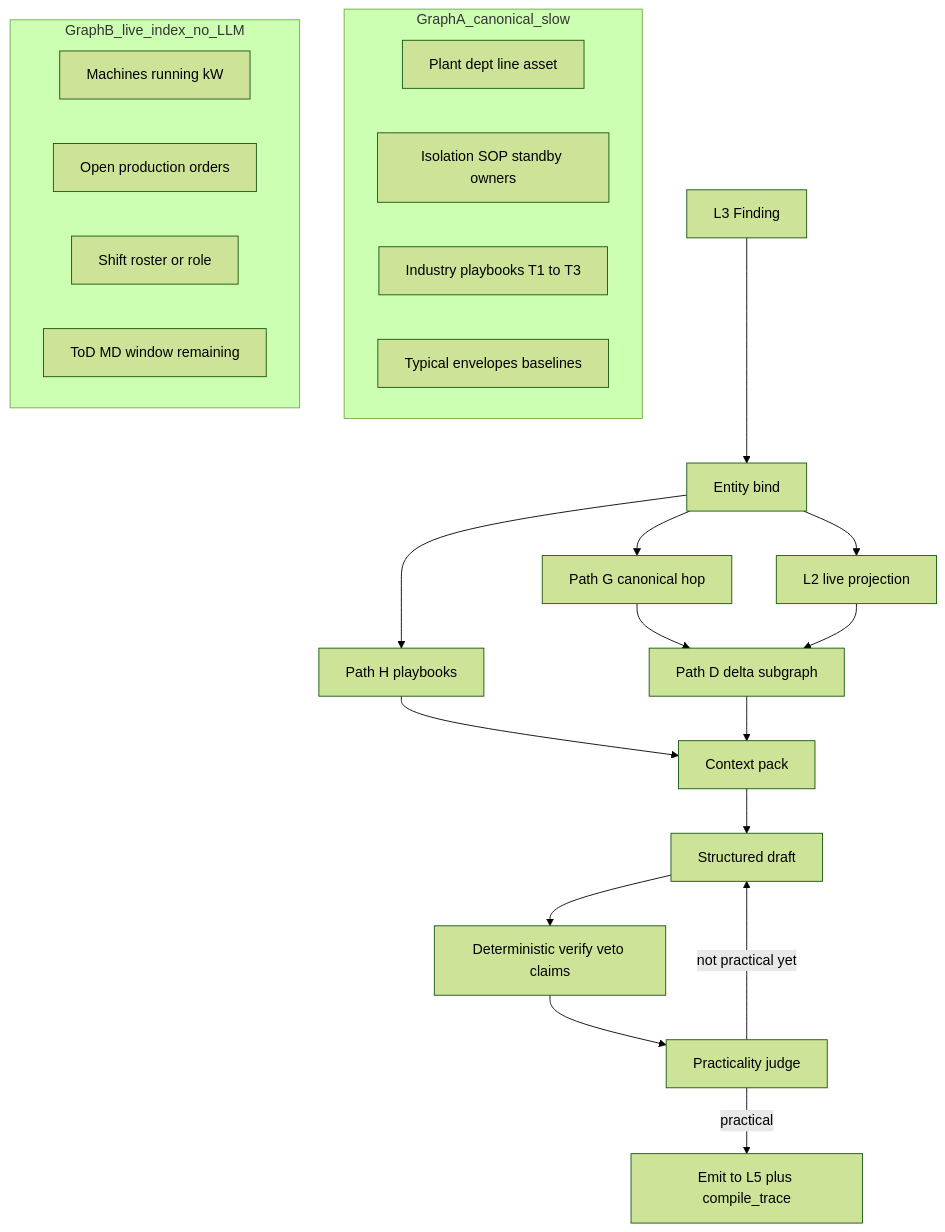
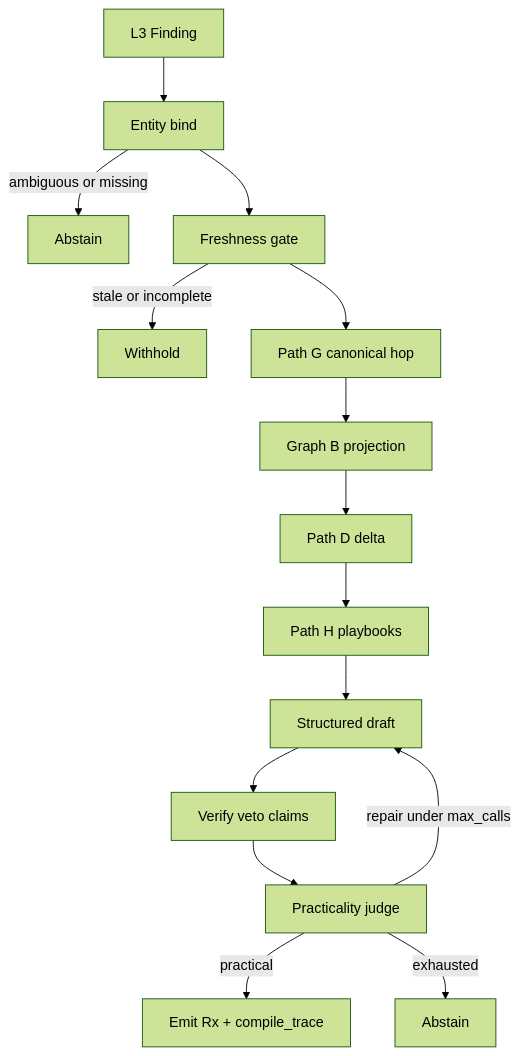
Before and after one commit to Stamped-Energy/stamped-external: the first of 2 diagrams in technical/layers/l4-l6/L4-plant-context-graphs.md, drawn with Mermaid (forest theme). The commit also changed other lines of this file and 8 other files, not shown here.

Commit message:
fix(l4): close Path D declared-data gaps from architecture audit

````diff
--- a/technical/layers/l4-l6/L4-plant-context-graphs.md
+++ b/technical/layers/l4-l6/L4-plant-context-graphs.md
@@ -39,28 +39,17 @@
 ```mermaid
 flowchart TB
-  subgraph canonical [GraphA_canonical_slow]
-    Topology[Plant dept line asset]
-    Constraints[Isolation SOP standby owners]
-    Playbooks[Industry playbooks T1 to T3]
-    Typical[Typical envelopes baselines]
-  end
-  subgraph live [GraphB_live_index_no_LLM]
-    Running[Machines running kW]
-    Orders[Open production orders]
-    People[Shift roster or role]
-    TariffNow[ToD MD window remaining]
-  end
   Finding[L3 Finding] --> Bind[Entity bind]
-  Bind --> PathH[Path H playbooks]
-  Bind --> PathG[Path G canonical hop]
-  Bind --> LivePull[L2 live projection]
-  PathG --> Delta[Path D delta subgraph]
-  LivePull --> Delta
-  PathH --> Pack[Context pack]
-  Delta --> Pack
-  Pack --> Draft[Structured draft]
-  Draft --> Verify[Deterministic verify veto claims]
+  Bind -->|ambiguous or missing| Abstain1[Abstain]
+  Bind --> Fresh[Freshness gate]
+  Fresh -->|stale or incomplete| Withhold1[Withhold]
+  Fresh --> PathG[Path G canonical hop]
+  PathG --> LivePull[Graph B projection]
+  LivePull --> PathD[Path D delta]
+  PathD --> PathH[Path H playbooks]
+  PathH --> Draft[Structured draft]
+  Draft --> Verify[Verify veto claims]
   Verify --> Judge[Practicality judge]
-  Judge -->|not practical yet| Draft
-  Judge -->|practical| L5[Emit to L5 plus compile_trace]
+  Judge -->|repair under max_calls| Draft
+  Judge -->|practical| Emit[Emit Rx + compile_trace]
+  Judge -->|exhausted| Abstain2[Abstain]
 ```
````
